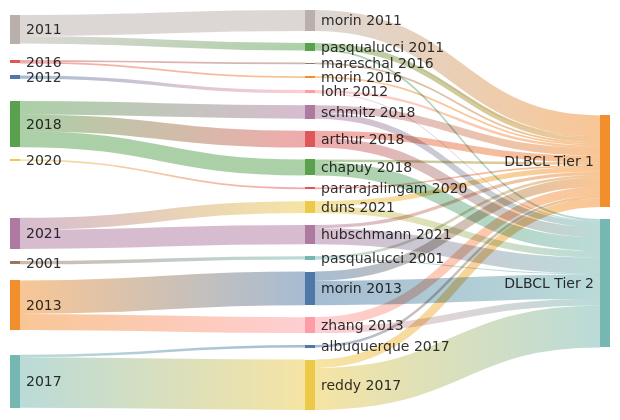
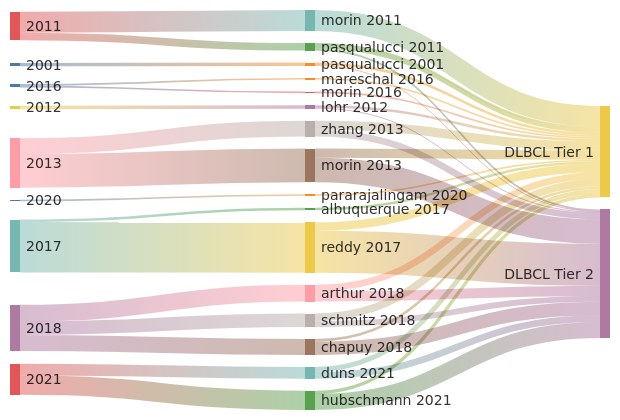
Before and after one commit to morinlab/lymphopedia: the diagram in test_sankey.md, drawn with Mermaid.

Commit message:
Updated test_sankey (markdown)

````diff
--- a/test_sankey.md
+++ b/test_sankey.md
@@ -3,53 +3,54 @@
 ```mermaid
 ---
 config:
   sankey:
     showValues: false
 ---
 sankey-beta
+
+2001, pasqualucci 2001, 4
+2011, morin 2011, 25
+2011, pasqualucci 2011, 2
+2011, pasqualucci 2011, 7
+2012, lohr 2012, 4
+2013, morin 2013, 40
+2013, zhang 2013, 19
+2016, mareschal 2016, 2
+2016, morin 2016, 2
+2017, albuquerque 2017, 3
+2017, reddy 2017, 60
+2018, arthur 2018, 20
+2018, chapuy 2018, 19
+2018, schmitz 2018, 16
+2020, pararajalingam 2020, 2
+2021, duns 2021, 14
+2021, hubschmann 2021, 23
 albuquerque 2017, DLBCL Tier 1, 3
 arthur 2018, DLBCL Tier 1, 8
 arthur 2018, DLBCL Tier 2, 12
 chapuy 2018, DLBCL Tier 1, 3
 chapuy 2018, DLBCL Tier 2, 16
 duns 2021, DLBCL Tier 1, 6
 duns 2021, DLBCL Tier 2, 8
 hubschmann 2021, DLBCL Tier 1, 4
 hubschmann 2021, DLBCL Tier 2, 19
 lohr 2012, DLBCL Tier 1, 3
 lohr 2012, DLBCL Tier 2, 1
 mareschal 2016, DLBCL Tier 1, 2
 morin 2011, DLBCL Tier 1, 25
 morin 2013, DLBCL Tier 1, 11
 morin 2013, DLBCL Tier 2, 29
 morin 2016, DLBCL Tier 1, 2
 pararajalingam 2020, DLBCL Tier 1, 2
 pasqualucci 2001, DLBCL Tier 1, 3
 pasqualucci 2001, DLBCL Tier 2, 1
 pasqualucci 2011, DLBCL Tier 1, 2
 pasqualucci 2011, DLBCL Tier 1, 5
 pasqualucci 2011, DLBCL Tier 2, 2
 reddy 2017, DLBCL Tier 1, 10
 reddy 2017, DLBCL Tier 2, 50
 schmitz 2018, DLBCL Tier 1, 9
 schmitz 2018, DLBCL Tier 2, 7
 zhang 2013, DLBCL Tier 1, 11
 zhang 2013, DLBCL Tier 2, 8
-2001, pasqualucci 2001, 4
-2011, morin 2011, 25
-2011, pasqualucci 2011, 2
-2011, pasqualucci 2011, 7
-2012, lohr 2012, 4
-2013, morin 2013, 40
-2013, zhang 2013, 19
-2016, mareschal 2016, 2
-2016, morin 2016, 2
-2017, albuquerque 2017, 3
-2017, reddy 2017, 60
-2018, arthur 2018, 20
-2018, chapuy 2018, 19
-2018, schmitz 2018, 16
-2020, pararajalingam 2020, 2
-2021, duns 2021, 14
-2021, hubschmann 2021, 23
 ```
````
